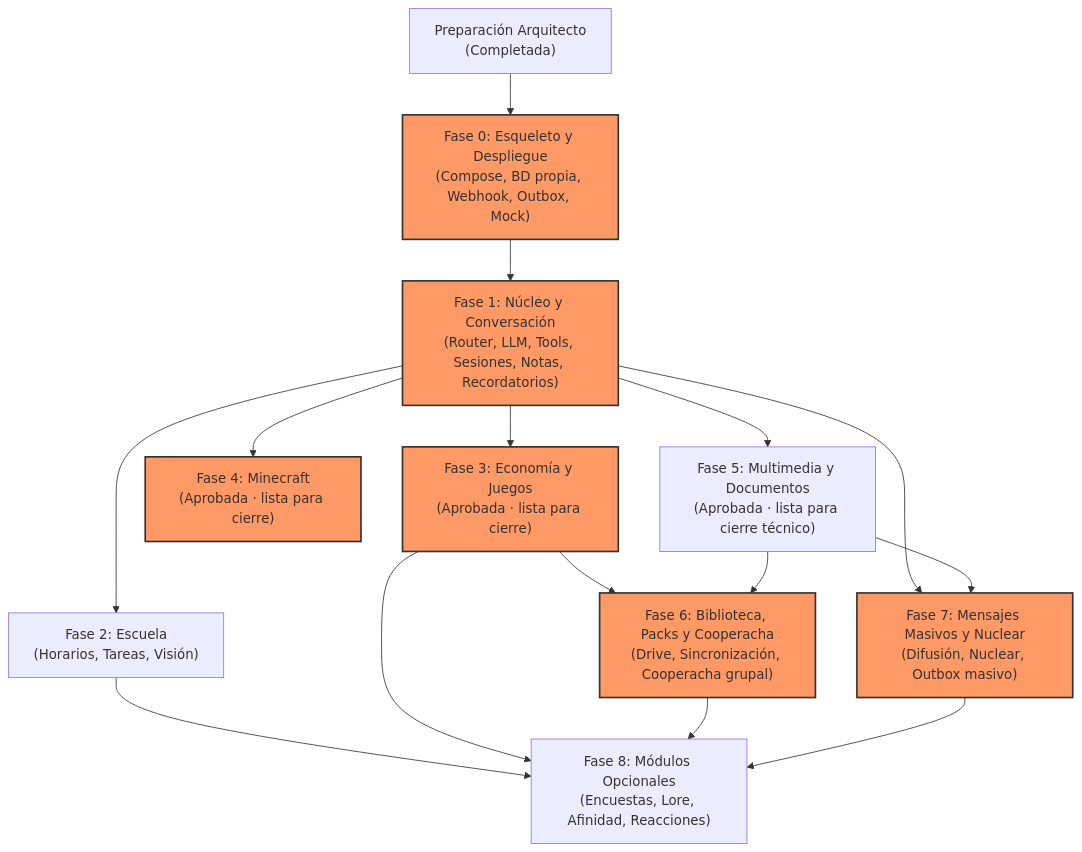
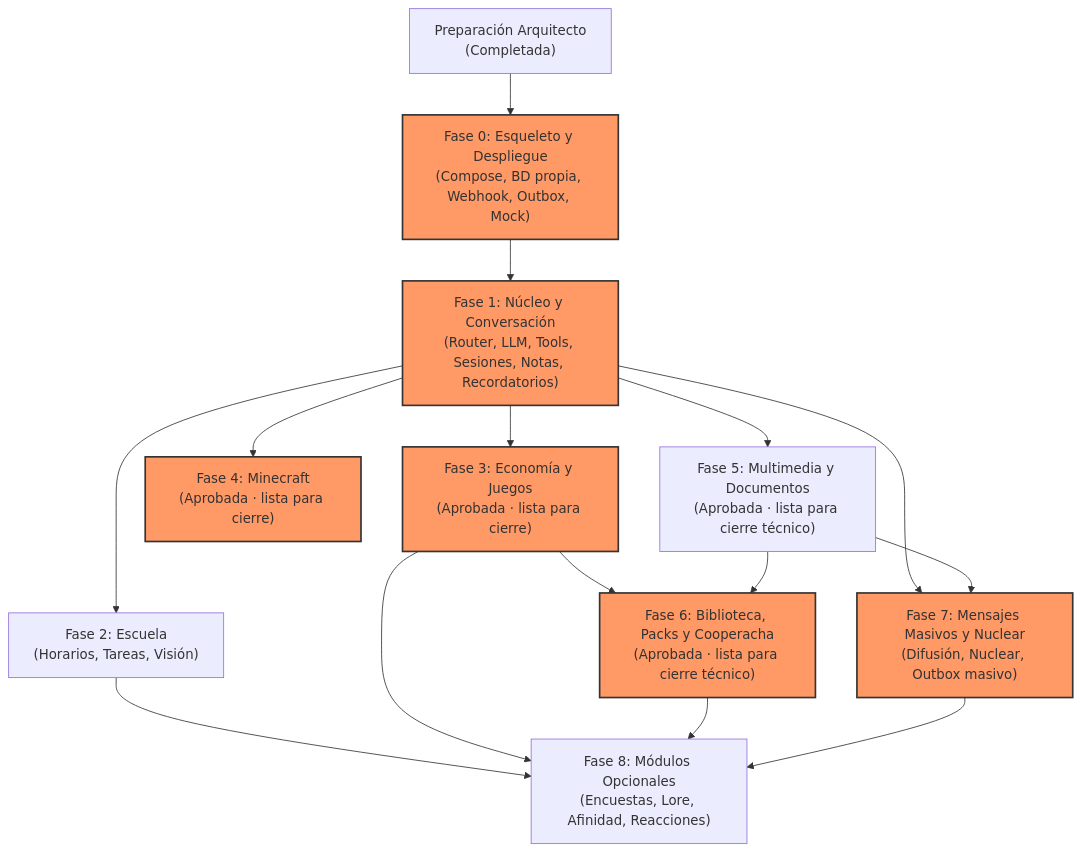
The diagram in docs/ROADMAP.md (Yzy-zu/Botskyp), drawn with Mermaid before and after one commit. The commit also changed other lines of this file and 39 other files, not shown here.

First line of the commit message:
feat: complete phase 6 library packs and cooperacha

````diff
--- a/docs/ROADMAP.md
+++ b/docs/ROADMAP.md
@@ -14,24 +14,24 @@
 ```mermaid
 flowchart TD
     prep["Preparación Arquitecto<br/>(Completada)"] --> f0["Fase 0: Esqueleto y Despliegue<br/>(Compose, BD propia, Webhook, Outbox, Mock)"]
     f0 --> f1["Fase 1: Núcleo y Conversación<br/>(Router, LLM, Tools, Sesiones, Notas, Recordatorios)"]
     
     f1 --> f2["Fase 2: Escuela<br/>(Horarios, Tareas, Visión)"]
     f1 --> f3["Fase 3: Economía y Juegos<br/>(Aprobada · lista para cierre)"]
     f1 --> f4["Fase 4: Minecraft<br/>(Aprobada · lista para cierre)"]
     f1 --> f5["Fase 5: Multimedia y Documentos<br/>(Aprobada · lista para cierre técnico)"]
     
-    f3 --> f6["Fase 6: Biblioteca, Packs y Cooperacha<br/>(Drive, Sincronización, Cooperacha grupal)"]
+    f3 --> f6["Fase 6: Biblioteca, Packs y Cooperacha<br/>(Aprobada · lista para cierre técnico)"]
     f5 --> f6
     
     f1 --> f7["Fase 7: Mensajes Masivos y Nuclear<br/>(Difusión, Nuclear, Outbox masivo)"]
     f5 --> f7
     
     f2 --> f8["Fase 8: Módulos Opcionales<br/>(Encuestas, Lore, Afinidad, Reacciones)"]
     f3 --> f8
     f6 --> f8
     f7 --> f8
 
     classDef critical fill:#f96,stroke:#333,stroke-width:2px;
     class f0,f1,f3,f4,f6,f7 critical;
 ```
````
